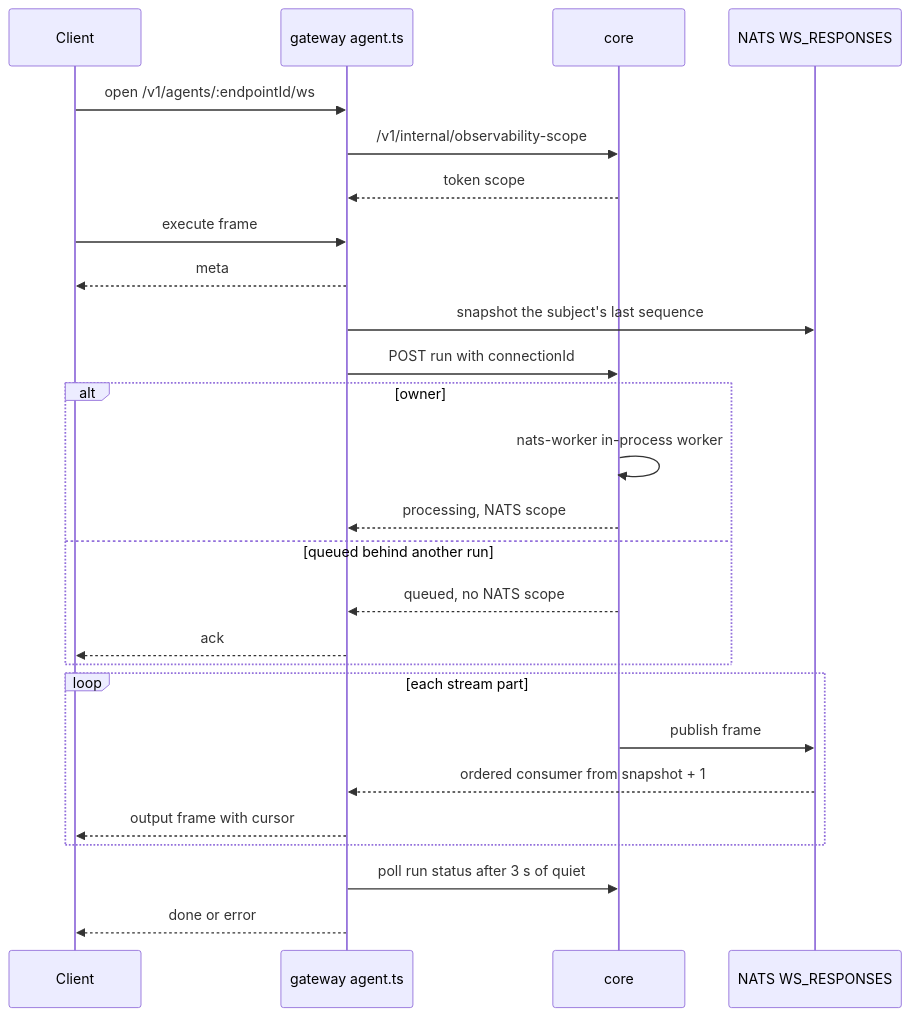
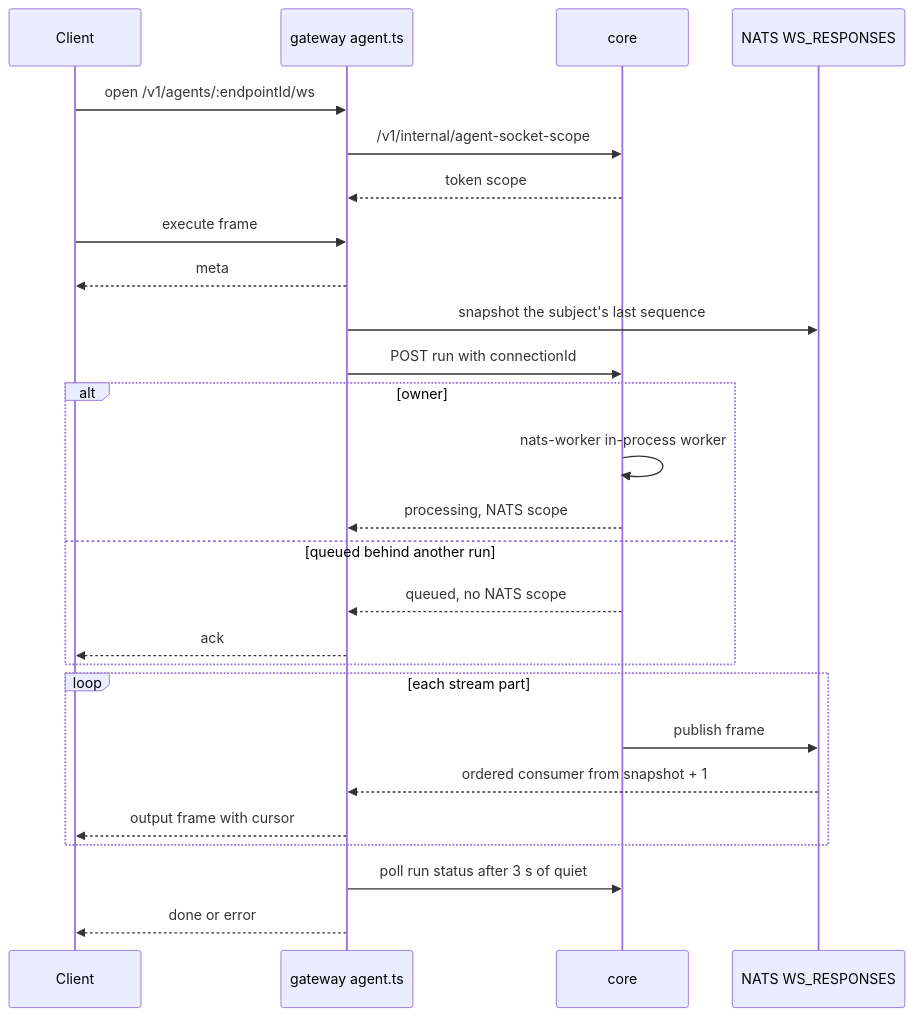
Before and after one commit to beeblastco/broods: the third of 11 diagrams in apps/docs/docs/internals/architecture.md, drawn with Mermaid. The commit also changed other lines of this file and 18 other files, not shown here.

````diff
--- a/apps/docs/docs/internals/architecture.md
+++ b/apps/docs/docs/internals/architecture.md
@@ -74,28 +74,28 @@
 ```mermaid
 sequenceDiagram
   participant C as Client
   participant G as gateway agent.ts
   participant H as core
   participant N as NATS WS_RESPONSES
   C->>G: open /v1/agents/:endpointId/ws
-  G->>H: /v1/internal/observability-scope
+  G->>H: /v1/internal/agent-socket-scope
   H-->>G: token scope
   C->>G: execute frame
   G-->>C: meta
   G->>N: snapshot the subject's last sequence
   G->>H: POST run with connectionId
   alt owner
     H->>H: nats-worker in-process worker
     H-->>G: processing, NATS scope
   else queued behind another run
     H-->>G: queued, no NATS scope
     G-->>C: ack
   end
   loop each stream part
     H->>N: publish frame
     N-->>G: ordered consumer from snapshot + 1
     G-->>C: output frame with cursor
   end
   G->>H: poll run status after 3 s of quiet
   G-->>C: done or error
 ```
````
